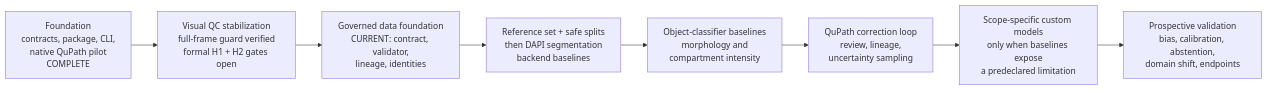
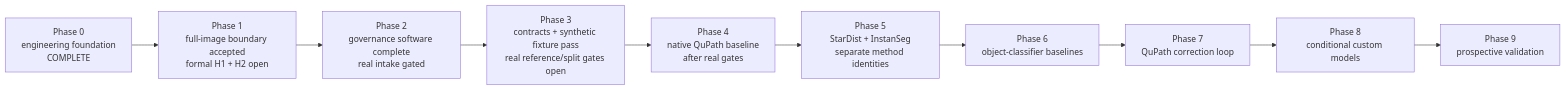
One commit to xorca0711/IFQuant-Platform changed the second of 2 diagrams in README.md. Above: the diagram before and after it, drawn with Mermaid. The commit also changed other lines of this file and 17 other files, not shown here.

Commit message:
Complete Phase 3 reference and split governance

````diff
--- a/README.md
+++ b/README.md
@@ -173,13 +182,15 @@
 ```mermaid
 flowchart LR
-    M0["Foundation<br/>contracts, package, CLI,<br/>native QuPath pilot<br/>COMPLETE"]
-    Q1["Visual QC stabilization<br/>full-frame guard verified<br/>formal H1 + H2 gates open"]
-    M1["Governed data foundation<br/>CURRENT: contract, validator,<br/>lineage, identities"]
-    M2["Reference set + safe splits<br/>then DAPI segmentation<br/>backend baselines"]
-    M3["Object-classifier baselines<br/>morphology and<br/>compartment intensity"]
-    M4["QuPath correction loop<br/>review, lineage,<br/>uncertainty sampling"]
-    M5["Scope-specific custom models<br/>only when baselines expose<br/>a predeclared limitation"]
-    M6["Prospective validation<br/>bias, calibration, abstention,<br/>domain shift, endpoints"]
+    P0["Phase 0<br/>engineering foundation<br/>COMPLETE"]
+    P1["Phase 1<br/>full-image boundary accepted<br/>formal H1 + H2 open"]
+    P2["Phase 2<br/>governance software complete<br/>real intake gated"]
+    P3["Phase 3<br/>contracts + synthetic fixture pass<br/>real reference/split gates open"]
+    P4["Phase 4<br/>native QuPath baseline<br/>after real gates"]
+    P5["Phase 5<br/>StarDist + InstanSeg<br/>separate method identities"]
+    P6["Phase 6<br/>object-classifier baselines"]
+    P7["Phase 7<br/>QuPath correction loop"]
+    P8["Phase 8<br/>conditional custom models"]
+    P9["Phase 9<br/>prospective validation"]
 
-    M0 --> Q1 --> M1 --> M2 --> M3 --> M4 --> M5 --> M6
+    P0 --> P1 --> P2 --> P3 --> P4 --> P5 --> P6 --> P7 --> P8 --> P9
 ```
````
